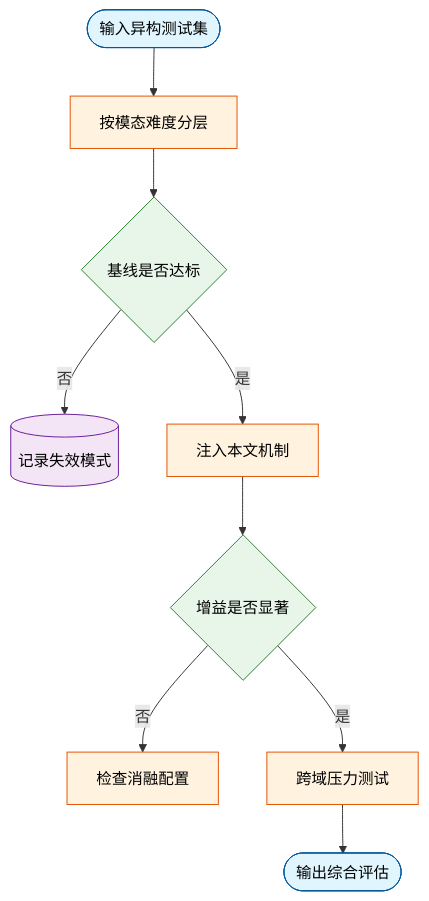
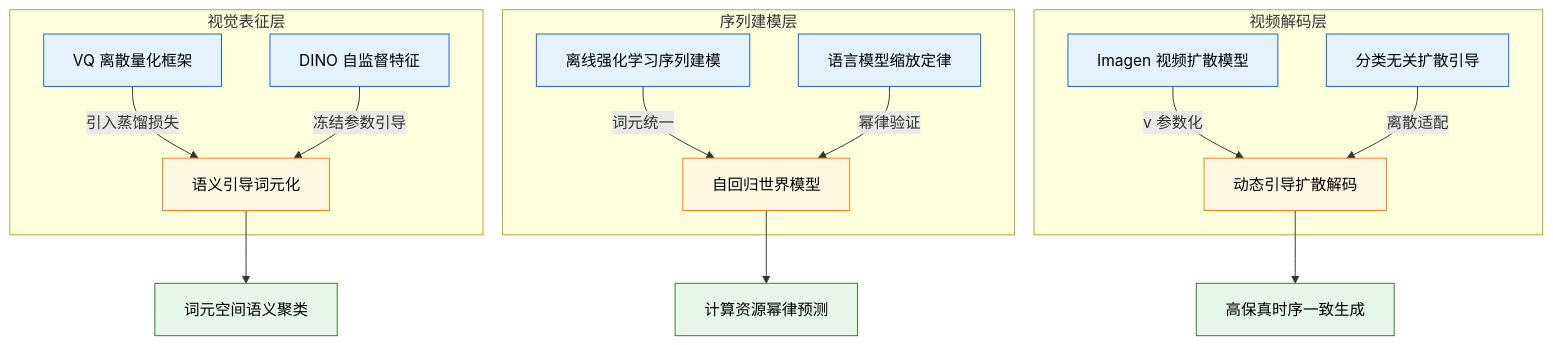
The seventh of 11 diagrams in person_vault/2026-06-08_GAIA1_2309.17080/report.md (ShinewineW/paper-rolling), drawn with Mermaid before and after one commit. The commit also changed other lines of this file and 51 other files, not shown here.

````diff
--- a/person_vault/2026-06-08_GAIA1_2309.17080/report.md
+++ b/person_vault/2026-06-08_GAIA1_2309.17080/report.md
@@ -206,16 +395,35 @@
 ```mermaid
-flowchart TD
-    classDef start fill:#e1f5fe,stroke:#01579b,color:#000;
-    classDef process fill:#fff3e0,stroke:#e65100,color:#000;
-    classDef decision fill:#e8f5e9,stroke:#2e7d32,color:#000;
-    classDef data fill:#f3e5f5,stroke:#6a1b9a,color:#000;
+flowchart TB
+  classDef prior fill:#e3f2fd,color:#000,stroke:#1565c0;
+  classDef adapt fill:#fff8e1,color:#000,stroke:#f57f17;
+  classDef benefit fill:#e8f5e9,color:#000,stroke:#2e7d32;
 
-    start_node(["输入异构测试集"]):::start --> split_task["按模态难度分层"]:::process
-    split_task --> check_baseline{基线是否达标}:::decision
-    check_baseline -- 否 --> log_fail[("记录失效模式")]:::data
-    check_baseline -- 是 --> apply_method["注入本文机制"]:::process
-    apply_method --> measure_gain{增益是否显著}:::decision
-    measure_gain -- 否 --> ablation_check["检查消融配置"]:::process
-    measure_gain -- 是 --> verify_robust["跨域压力测试"]:::process
-    verify_robust --> final_report(["输出综合评估"]):::start
+  subgraph 视觉表征层
+    vq_vae["VQ 离散量化框架"]:::prior
+    dino_feat["DINO 自监督特征"]:::prior
+    gaia1_token["语义引导词元化"]:::adapt
+  end
+
+  subgraph 序列建模层
+    rl_seq["离线强化学习序列建模"]:::prior
+    scale_law["语言模型缩放定律"]:::prior
+    gaia1_world["自回归世界模型"]:::adapt
+  end
+
+  subgraph 视频解码层
+    imagen_vid["Imagen 视频扩散模型"]:::prior
+    cfg_guide["分类无关扩散引导"]:::prior
+    gaia1_decode["动态引导扩散解码"]:::adapt
+  end
+
+  vq_vae -->|引入蒸馏损失| gaia1_token
+  dino_feat -->|冻结参数引导| gaia1_token
+  rl_seq -->|词元统一| gaia1_world
+  scale_law -->|幂律验证| gaia1_world
+  imagen_vid -->|v 参数化| gaia1_decode
+  cfg_guide -->|离散适配| gaia1_decode
+
+  gaia1_token --> sem_cluster["词元空间语义聚类"]:::benefit
+  gaia1_world --> compute_predict["计算资源幂律预测"]:::benefit
+  gaia1_decode --> high_fidelity["高保真时序一致生成"]:::benefit
 ```
````
